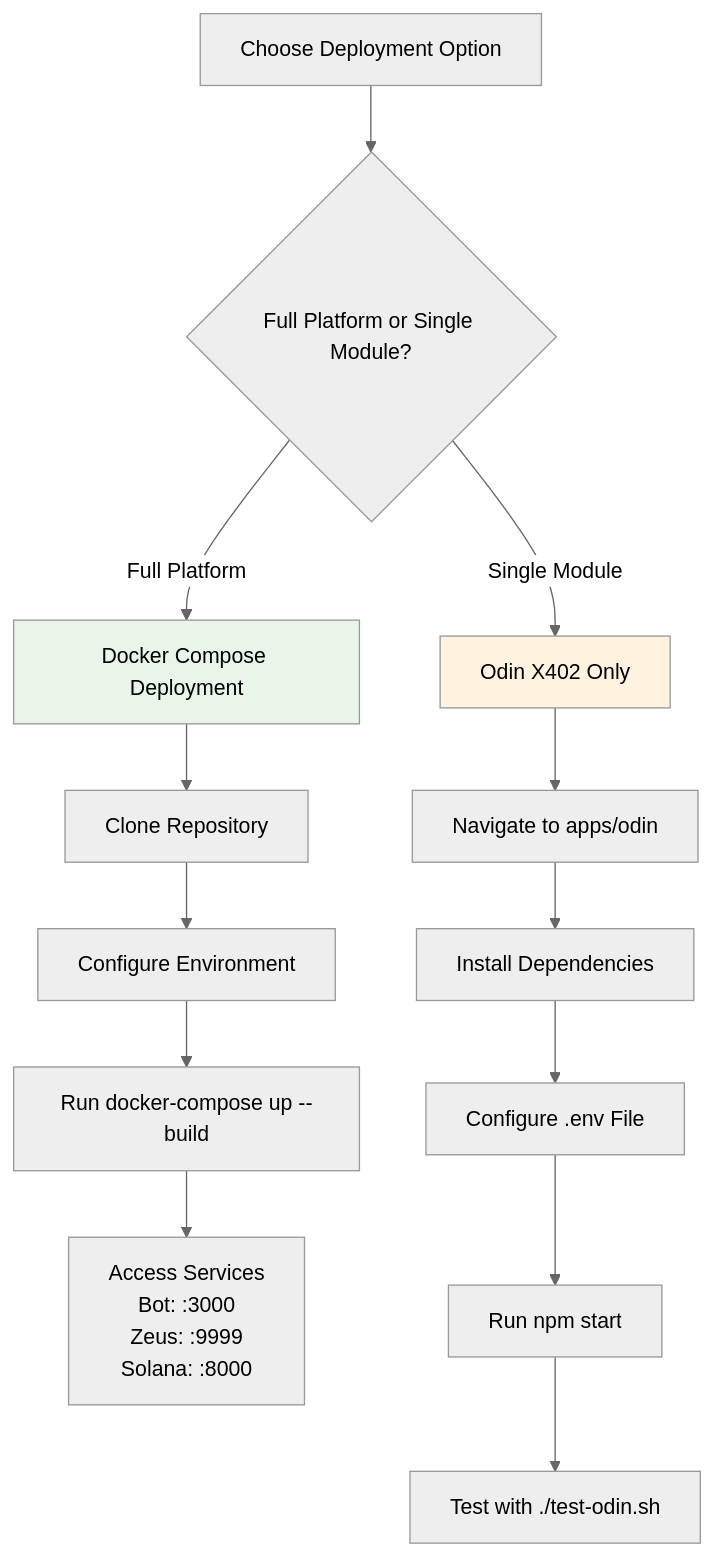
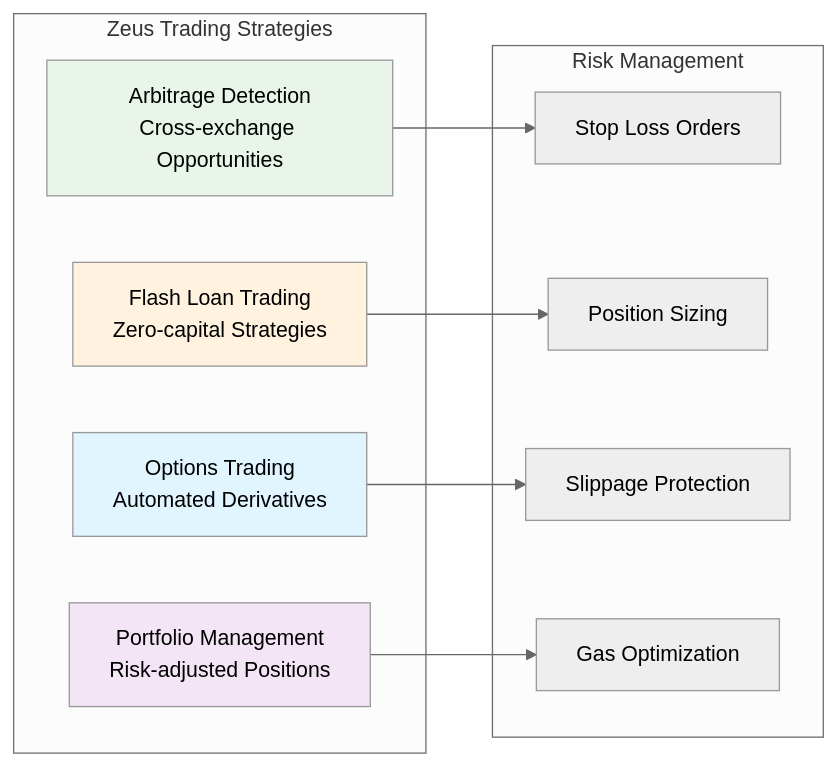
Before and after one commit to jconstantine627752-maker/Odysseus: the fourth of 9 diagrams in README.md, drawn with Mermaid (neutral theme). The commit also changed other lines of this file, not shown here.

First line of the commit message:
docs: Complete README rework with Odin X402 focus and Mermaid diagrams

````diff
--- a/README.md
+++ b/README.md
@@ -122,20 +142,26 @@
 ```mermaid
-flowchart TD
-    A[Choose Deployment Option] --> B{Full Platform or Single Module?}
-    B -->|Full Platform| C[Docker Compose Deployment]
-    B -->|Single Module| D[Odin X402 Only]
+graph LR
+    subgraph "Zeus Trading Strategies"
+        ARB[Arbitrage Detection<br/>Cross-exchange Opportunities]
+        FLASH[Flash Loan Trading<br/>Zero-capital Strategies]
+        OPT[Options Trading<br/>Automated Derivatives]
+        PORT[Portfolio Management<br/>Risk-adjusted Positions]
+    end
     
-    C --> C1[Clone Repository]
-    C1 --> C2[Configure Environment]
-    C2 --> C3[Run docker-compose up --build]
-    C3 --> C4[Access Services<br/>Bot: :3000<br/>Zeus: :9999<br/>Solana: :8000]
+    subgraph "Risk Management"
+        STOP[Stop Loss Orders]
+        SIZE[Position Sizing]
+        SLIP[Slippage Protection]
+        GAS[Gas Optimization]
+    end
     
-    D --> D1[Navigate to apps/odin]
-    D1 --> D2[Install Dependencies]
-    D2 --> D3[Configure .env File]
-    D3 --> D4[Run npm start]
-    D4 --> D5[Test with ./test-odin.sh]
+    ARB --> STOP
+    FLASH --> SIZE
+    OPT --> SLIP
+    PORT --> GAS
     
-    style C fill:#e8f5e8
-    style D fill:#fff3e0
+    style ARB fill:#e8f5e8
+    style FLASH fill:#fff3e0
+    style OPT fill:#e1f5fe
+    style PORT fill:#f3e5f5
 ```
````
